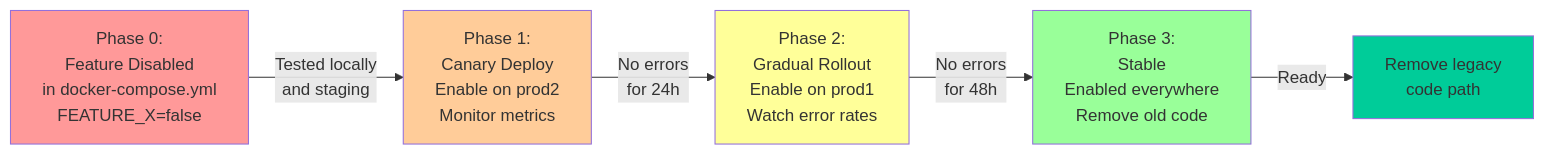
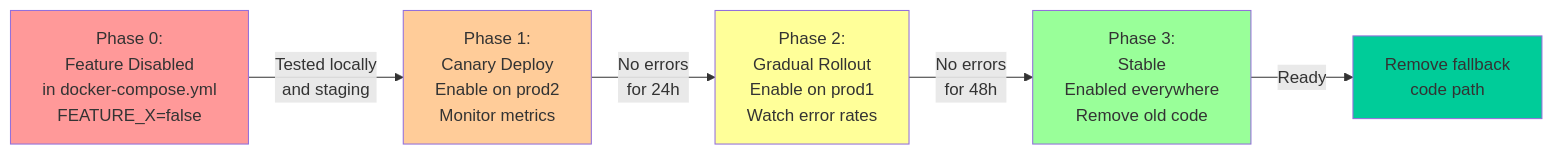
Before and after one commit to blueman82/mcp-exec: the fourth of 6 diagrams in ketchup/docs/diagrams/8-feature-flags.md, drawn with Mermaid. The commit also changed other lines of this file and 2 other files, not shown here.

First line of the commit message:
docs: Remove legacy DI references from diagrams (#8)

````diff
--- a/ketchup/docs/diagrams/8-feature-flags.md
+++ b/ketchup/docs/diagrams/8-feature-flags.md
@@ -138,21 +138,21 @@
 ```mermaid
 graph LR
     Phase0["Phase 0:<br/>Feature Disabled<br/>in docker-compose.yml<br/>FEATURE_X=false"]
 
     Phase1["Phase 1:<br/>Canary Deploy<br/>Enable on prod2<br/>Monitor metrics"]
 
     Phase2["Phase 2:<br/>Gradual Rollout<br/>Enable on prod1<br/>Watch error rates"]
 
     Phase3["Phase 3:<br/>Stable<br/>Enabled everywhere<br/>Remove old code"]
 
     Phase0 -->|Tested locally<br/>and staging| Phase1
     Phase1 -->|No errors<br/>for 24h| Phase2
     Phase2 -->|No errors<br/>for 48h| Phase3
-    Phase3 -->|Ready| Cleanup["Remove legacy<br/>code path"]
+    Phase3 -->|Ready| Cleanup["Remove fallback<br/>code path"]
 
     style Phase0 fill:#ff9999
     style Phase1 fill:#ffcc99
     style Phase2 fill:#ffff99
     style Phase3 fill:#99ff99
     style Cleanup fill:#00cc99
 ```
````
